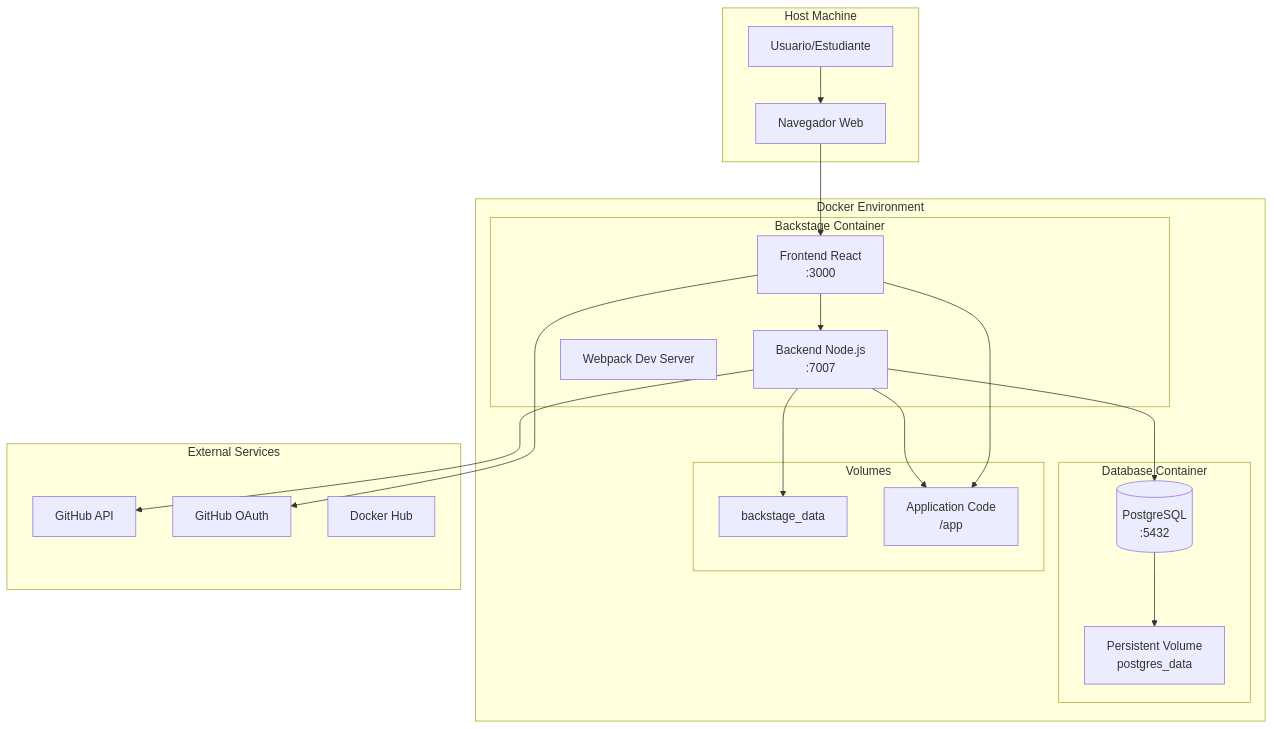
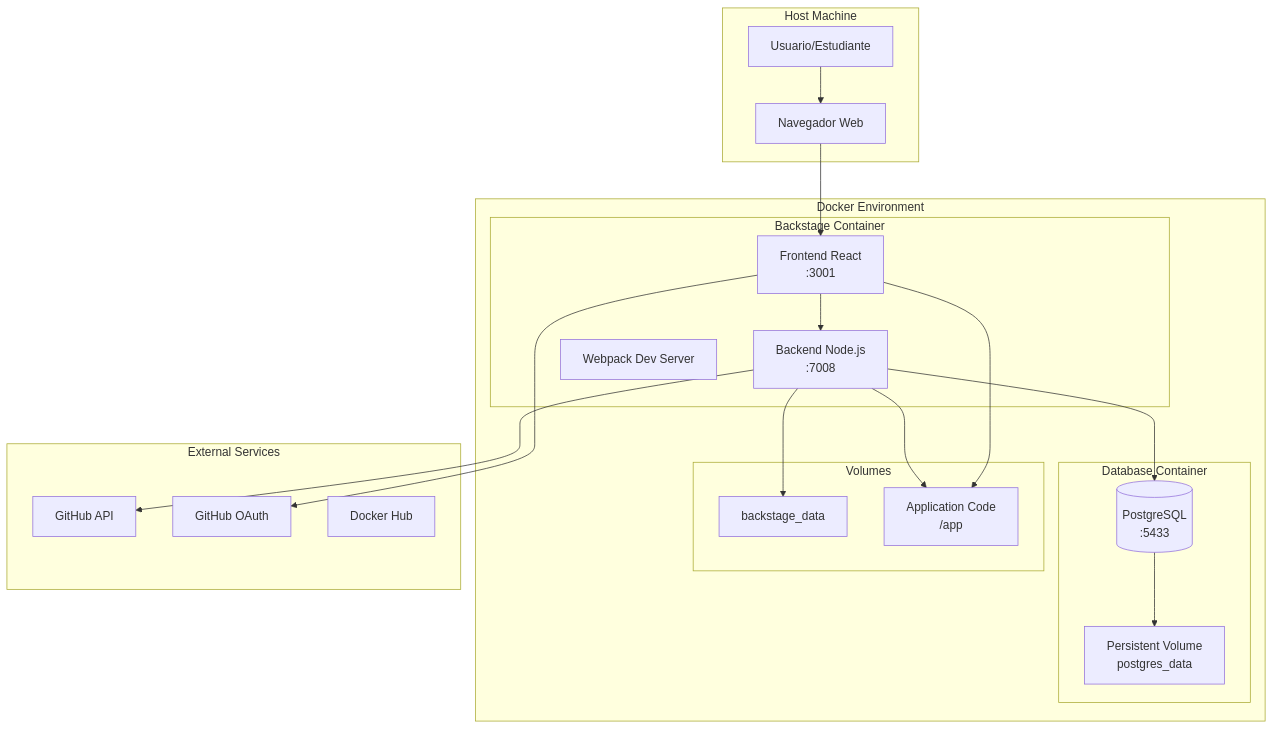
Before and after one commit to Portfolio-jaime/backstage-app-devc: the diagram in docs/SETUP_FINAL.md, drawn with Mermaid. The commit also changed other lines of this file and 25 other files, not shown here.

````diff
--- a/docs/SETUP_FINAL.md
+++ b/docs/SETUP_FINAL.md
@@ -16,43 +16,43 @@
 ```mermaid
 graph TB
     subgraph "Host Machine"
         USER[Usuario/Estudiante]
         BROWSER[Navegador Web]
     end
-    
+
     subgraph "Docker Environment"
         subgraph "Backstage Container"
-            FRONTEND[Frontend React<br/>:3000]
-            BACKEND[Backend Node.js<br/>:7007]
+            FRONTEND[Frontend React<br/>:3001]
+            BACKEND[Backend Node.js<br/>:7008]
             WEBPACK[Webpack Dev Server]
         end
-        
+
         subgraph "Database Container"
-            POSTGRES[(PostgreSQL<br/>:5432)]
+            POSTGRES[(PostgreSQL<br/>:5433)]
             PGDATA[Persistent Volume<br/>postgres_data]
         end
-        
+
         subgraph "Volumes"
             BACKSTAGE_DATA[backstage_data]
             APP_CODE[Application Code<br/>/app]
         end
     end
-    
+
     subgraph "External Services"
         GITHUB[GitHub API]
         GITHUB_OAUTH[GitHub OAuth]
         DOCKER_HUB[Docker Hub]
     end
-    
+
     USER --> BROWSER
     BROWSER --> FRONTEND
     FRONTEND --> BACKEND
     BACKEND --> POSTGRES
     POSTGRES --> PGDATA
     BACKEND --> GITHUB
     FRONTEND --> GITHUB_OAUTH
-    
+
     BACKEND --> BACKSTAGE_DATA
     FRONTEND --> APP_CODE
     BACKEND --> APP_CODE
 ```
````
